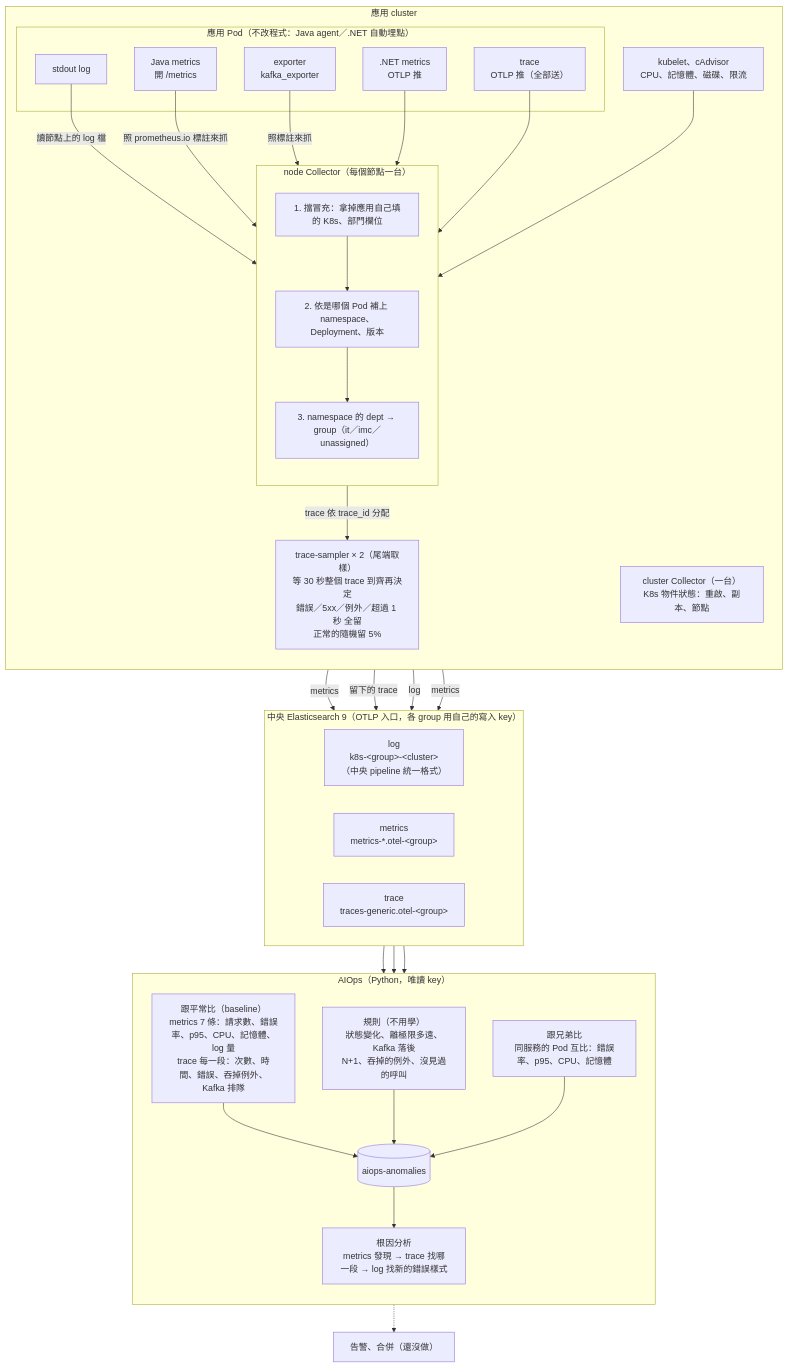
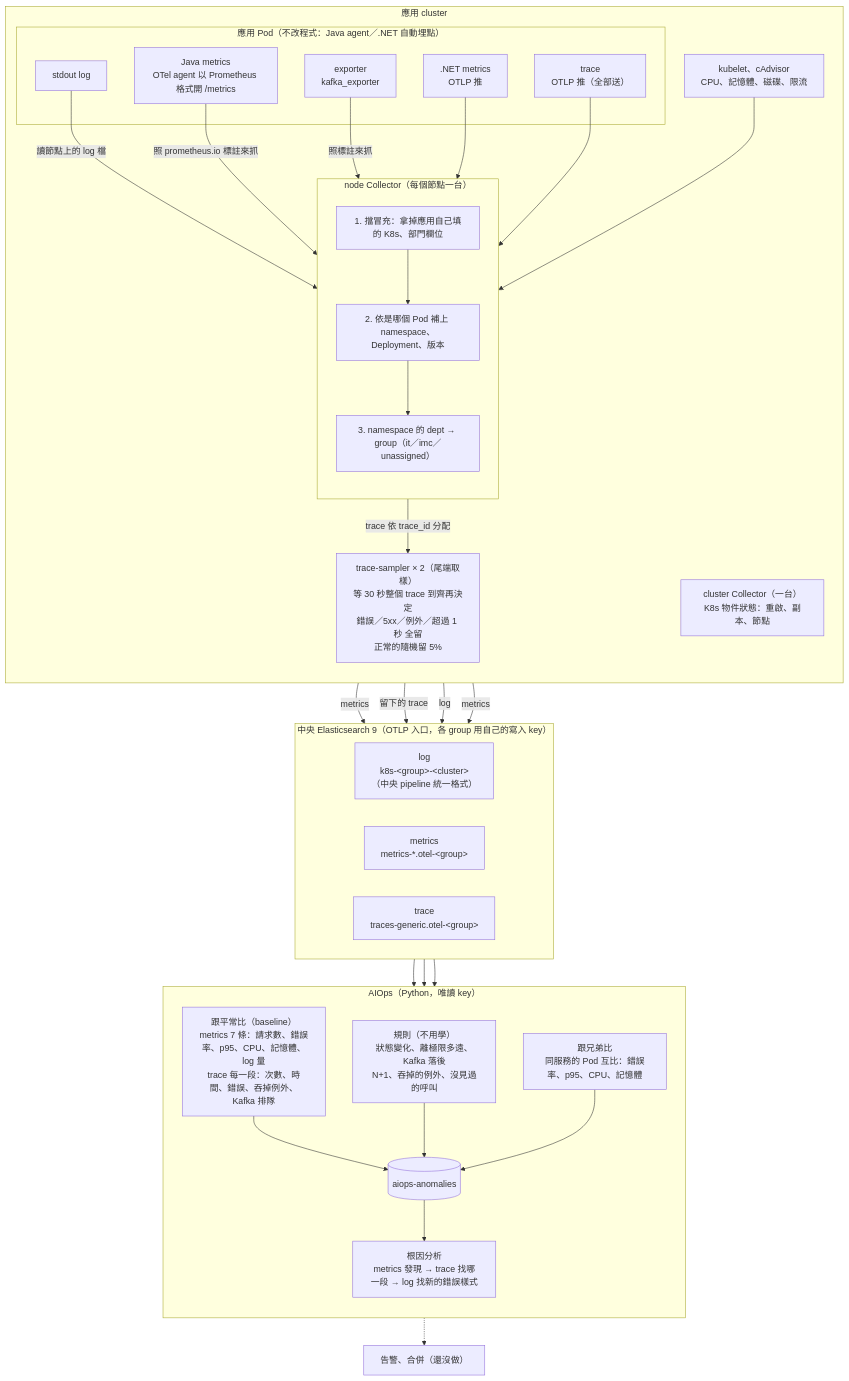
The first of 2 diagrams in docs/overview.md (i-shuan/aiops-data-foundation), drawn with Mermaid before and after one commit. The commit also changed 11 other files, not shown here.

````diff
--- a/docs/overview.md
+++ b/docs/overview.md
@@ -7,63 +7,63 @@
 ```mermaid
 flowchart TB
   subgraph APP["應用 cluster"]
     direction TB
     subgraph PODS["應用 Pod（不改程式：Java agent／.NET 自動埋點）"]
       LOGS["stdout log"]
-      JM["Java metrics<br/>開 /metrics"]
+      JM["Java metrics<br/>OTel agent 以 Prometheus 格式開 /metrics"]
       NM[".NET metrics<br/>OTLP 推"]
       TR["trace<br/>OTLP 推（全部送）"]
       EXP["exporter<br/>kafka_exporter"]
     end
 
     subgraph NODE["node Collector（每個節點一台）"]
       direction TB
       N1["1. 擋冒充：拿掉應用自己填的 K8s、部門欄位"]
       N2["2. 依是哪個 Pod 補上 namespace、Deployment、版本"]
       N3["3. namespace 的 dept → group（it／imc／unassigned）"]
       N1 --> N2 --> N3
     end
 
     KUBE["kubelet、cAdvisor<br/>CPU、記憶體、磁碟、限流"]
     CC["cluster Collector（一台）<br/>K8s 物件狀態：重啟、副本、節點"]
     TS["trace-sampler × 2（尾端取樣）<br/>等 30 秒整個 trace 到齊再決定<br/>錯誤／5xx／例外／超過 1 秒 全留<br/>正常的隨機留 5%"]
 
     LOGS -- 讀節點上的 log 檔 --> NODE
     JM -- 照 prometheus.io 標註來抓 --> NODE
     EXP -- 照標註來抓 --> NODE
     NM --> NODE
     TR --> NODE
     KUBE --> NODE
     NODE -- trace 依 trace_id 分配 --> TS
   end
 
   subgraph ES["中央 Elasticsearch 9（OTLP 入口，各 group 用自己的寫入 key）"]
     direction LR
     EL["log<br/>k8s-&lt;group&gt;-&lt;cluster&gt;<br/>（中央 pipeline 統一格式）"]
     EM["metrics<br/>metrics-*.otel-&lt;group&gt;"]
     ET["trace<br/>traces-generic.otel-&lt;group&gt;"]
   end
 
   NODE -- log --> EL
   NODE -- metrics --> EM
   CC -- metrics --> EM
   TS -- 留下的 trace --> ET
 
   subgraph AI["AIOps（Python，唯讀 key）"]
     direction TB
     B1["跟平常比（baseline）<br/>metrics 7 條：請求數、錯誤率、p95、CPU、記憶體、log 量<br/>trace 每一段：次數、時間、錯誤、吞掉例外、Kafka 排隊"]
     B2["規則（不用學）<br/>狀態變化、離極限多遠、Kafka 落後<br/>N+1、吞掉的例外、沒見過的呼叫"]
     B3["跟兄弟比<br/>同服務的 Pod 互比：錯誤率、p95、CPU、記憶體"]
     RCA["根因分析<br/>metrics 發現 → trace 找哪一段 → log 找新的錯誤樣式"]
     AN[("aiops-anomalies")]
     B1 --> AN
     B2 --> AN
     B3 --> AN
     AN --> RCA
   end
 
   EL --> AI
   EM --> AI
   ET --> AI
   AN -.-> OUT["告警、合併（還沒做）"]
 ```
````
